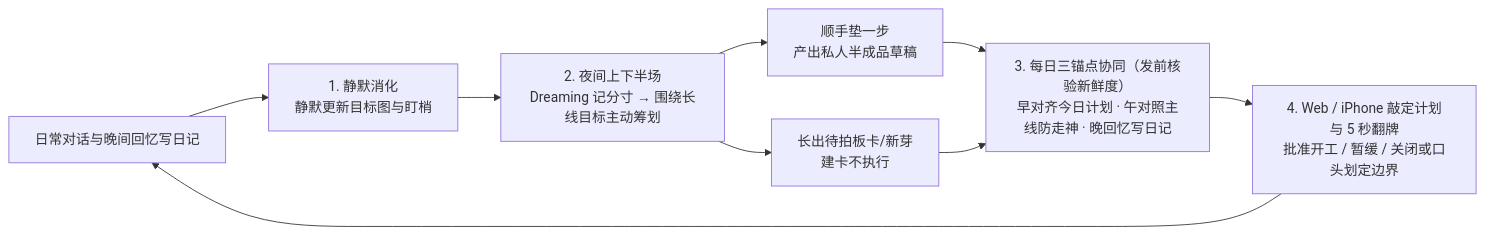
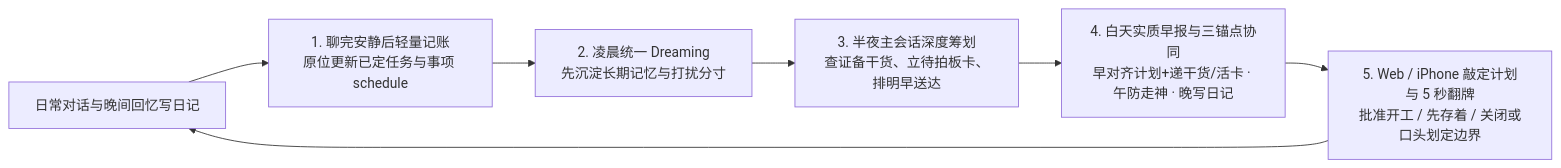
The diagram in docs/changes/feat-785-pa-proactivity/spec.md (Mrchen116/nano-multiagent), drawn with Mermaid before and after one commit. The commit also changed other lines of this file and 10 other files, not shown here.

````diff
--- a/docs/changes/feat-785-pa-proactivity/spec.md
+++ b/docs/changes/feat-785-pa-proactivity/spec.md
@@ -123,11 +143,9 @@
 ```mermaid
 flowchart LR
-  Chat["日常对话与晚间回忆写日记"] --> Quiet["1. 静默消化<br/>静默更新目标图与盯梢"]
-  Quiet --> Night["2. 夜间上下半场<br/>Dreaming 记分寸 → 围绕长线目标主动筹划"]
-  Night --> Prep["顺手垫一步<br/>产出私人半成品草稿"]
-  Night --> Propose["长出待拍板卡/新芽<br/>建卡不执行"]
-  Prep --> Rhythm["3. 每日三锚点协同（发前核验新鲜度）<br/>早对齐今日计划 · 午对照主线防走神 · 晚回忆写日记"]
-  Propose --> Rhythm
-  Rhythm --> Act["4. Web / iPhone 敲定计划与 5 秒翻牌<br/>批准开工 / 暂缓 / 关闭或口头划定边界"]
+  Chat["日常对话与晚间回忆写日记"] --> Quiet["1. 聊完安静后轻量记账<br/>原位更新已定任务与事项 schedule"]
+  Quiet --> Dream["2. 凌晨统一 Dreaming<br/>先沉淀长期记忆与打扰分寸"]
+  Dream --> Nightly["3. 半夜主会话深度筹划<br/>查证备干货、立待拍板卡、排明早送达"]
+  Nightly --> Rhythm["4. 白天实质早报与三锚点协同<br/>早对齐计划+递干货/活卡 · 午防走神 · 晚写日记"]
+  Rhythm --> Act["5. Web / iPhone 敲定计划与 5 秒翻牌<br/>批准开工 / 先存着 / 关闭或口头划定边界"]
   Act --> Chat
 ```
````
